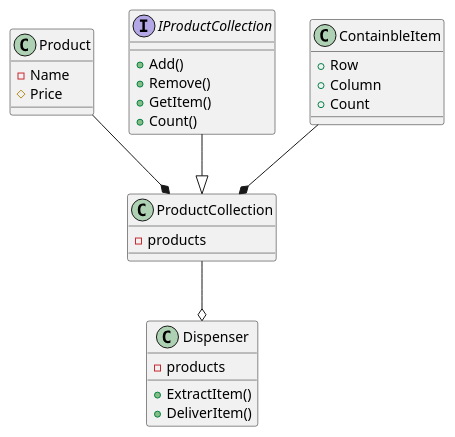
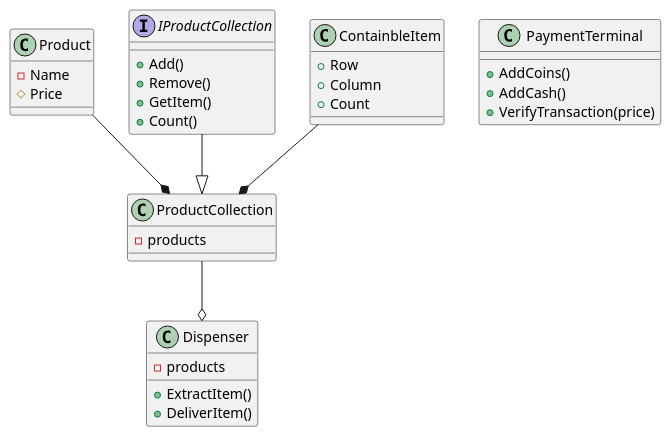
Before and after one commit to stefanandy/VendingMachine: the diagram in documentation/product.puml, drawn with PlantUML. The commit also changed 4 other files, not shown here.

Commit message:
PaymentTerminal added. Tests for peyment terminal added.

```diff
--- a/documentation/product.puml
+++ b/documentation/product.puml
@@ -1,38 +1,45 @@
 @startuml
 
 Product--*ProductCollection
 IProductCollection--|>ProductCollection
 ContainbleItem--*ProductCollection
 ProductCollection--o Dispenser
+
 
 class Product{
     -Name
     #Price
 }
 
 class ProductCollection{
     -products
 }
 
 class ContainbleItem{
     +Row
     +Column
     +Count
 }
 
 interface IProductCollection{
     +Add()
     +Remove()
     +GetItem()
     +Count()
 }
 
 class Dispenser{
     -products
     +ExtractItem()
     +DeliverItem()
     
 }
 
+class PaymentTerminal{
+    +AddCoins()
+    +AddCash()
+    +VerifyTransaction(price)
+}
+
 
 @enduml
```
